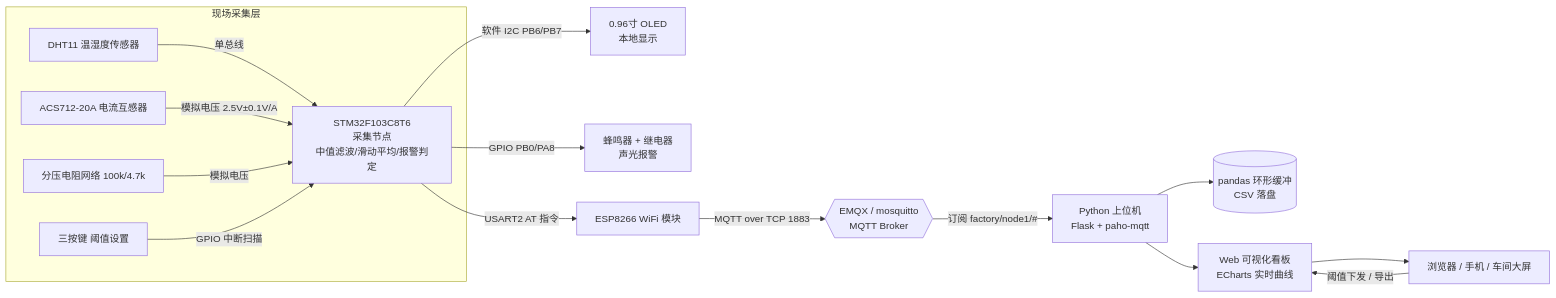
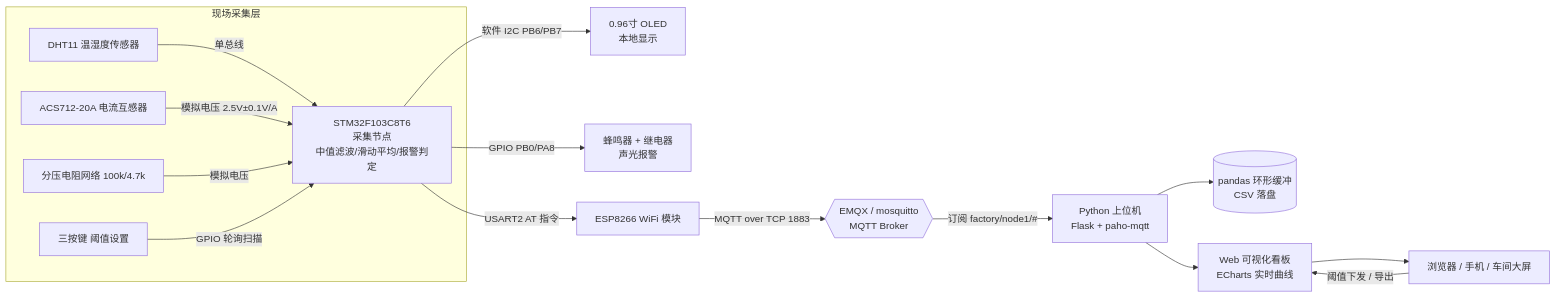
The diagram in README.md (lwj15089590118/Smart-Factory-Data-Acquisition-System), drawn with Mermaid before and after one commit. The commit also changed other lines of this file and 10 other files, not shown here.

````diff
--- a/README.md
+++ b/README.md
@@ -28,19 +28,19 @@
 ```mermaid
 flowchart LR
     subgraph L1[现场采集层]
         A[DHT11 温湿度传感器] -->|单总线| M
         B[ACS712-20A 电流互感器] -->|模拟电压 2.5V±0.1V/A| M
         C[分压电阻网络 100k/4.7k] -->|模拟电压| M
-        K[三按键 阈值设置] -->|GPIO 中断扫描| M
+        K[三按键 阈值设置] -->|GPIO 轮询扫描| M
         M[STM32F103C8T6<br>采集节点<br>中值滤波/滑动平均/报警判定]
     end
     M -->|软件 I2C PB6/PB7| O[0.96寸 OLED<br>本地显示]
     M -->|GPIO PB0/PA8| Z[蜂鸣器 + 继电器<br>声光报警]
     M -->|USART2 AT 指令| E[ESP8266 WiFi 模块]
     E -->|MQTT over TCP 1883| Q{{EMQX / mosquitto<br>MQTT Broker}}
     Q -->|订阅 factory/node1/#| P[Python 上位机<br>Flask + paho-mqtt]
     P --> D[(pandas 环形缓冲<br>CSV 落盘)]
     P --> R[Web 可视化看板<br>ECharts 实时曲线]
     R --> U[浏览器 / 手机 / 车间大屏]
     U -->|阈值下发 / 导出| R
 ```
````
